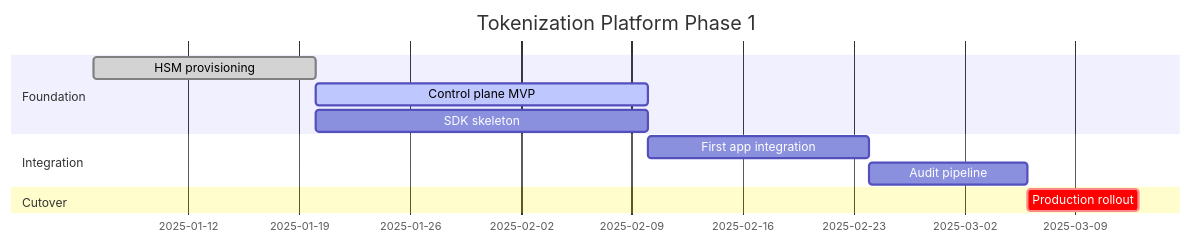
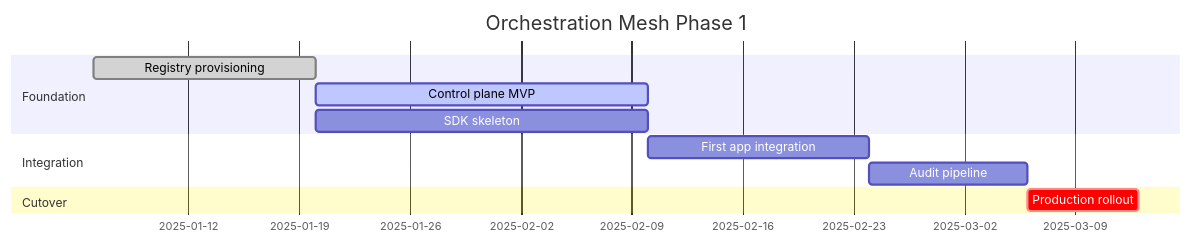
Before and after one commit to SlideWright/lattice: the seventh of 25 diagrams in lib/components/diagram/diagram/diagram.gallery.md, drawn with Mermaid. The commit also changed other lines of this file and 75 other files, not shown here.

````diff
--- a/lib/components/diagram/diagram/diagram.gallery.md
+++ b/lib/components/diagram/diagram/diagram.gallery.md
@@ -226,14 +226,14 @@
 ```mermaid
 gantt
-  title Tokenization Platform Phase 1
+  title Orchestration Mesh Phase 1
   dateFormat YYYY-MM-DD
   section Foundation
-    HSM provisioning      :done,   hsm,   2025-01-06, 14d
-    Control plane MVP     :active, cp,    after hsm, 21d
-    SDK skeleton          :        sdk,   after hsm, 21d
+    Registry provisioning :done,   reg,   2025-01-06, 14d
+    Control plane MVP     :active, cp,    after reg, 21d
+    SDK skeleton          :        sdk,   after reg, 21d
   section Integration
     First app integration :        int1,  after cp, 14d
     Audit pipeline        :        audit, after int1, 10d
   section Cutover
     Production rollout    :crit,   roll,  after audit, 7d
 ```
````
